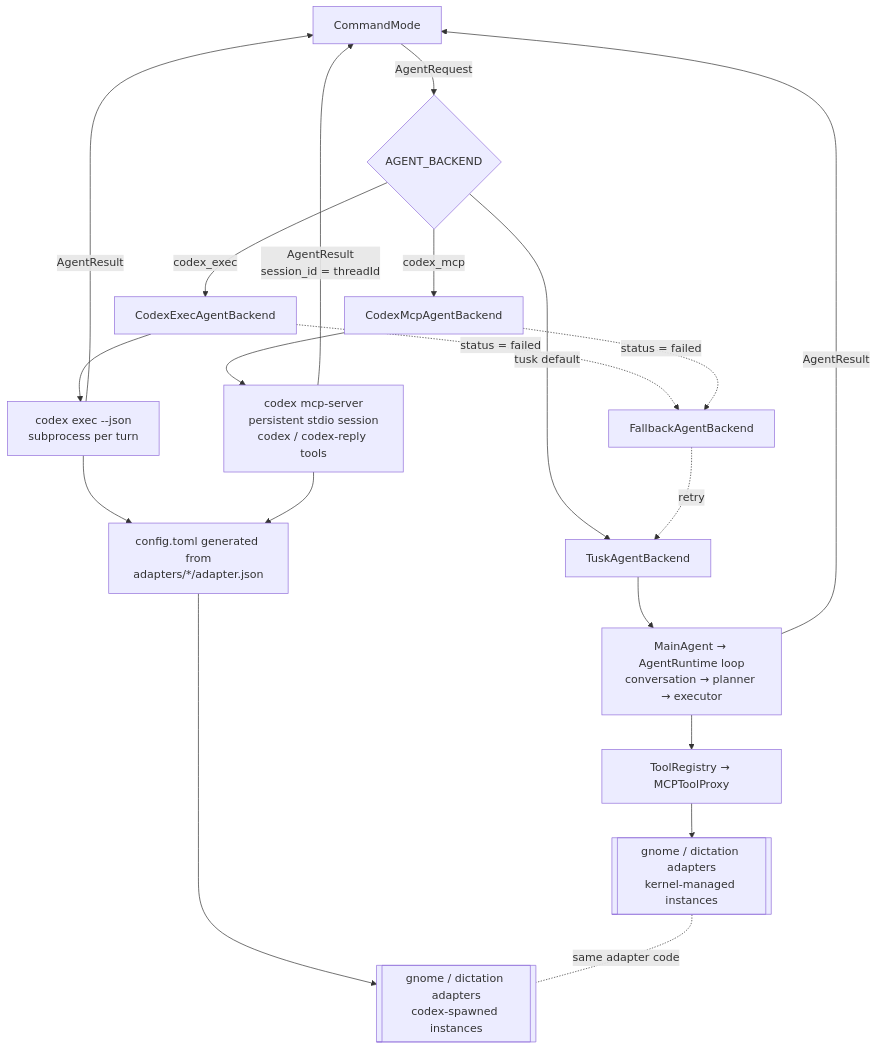
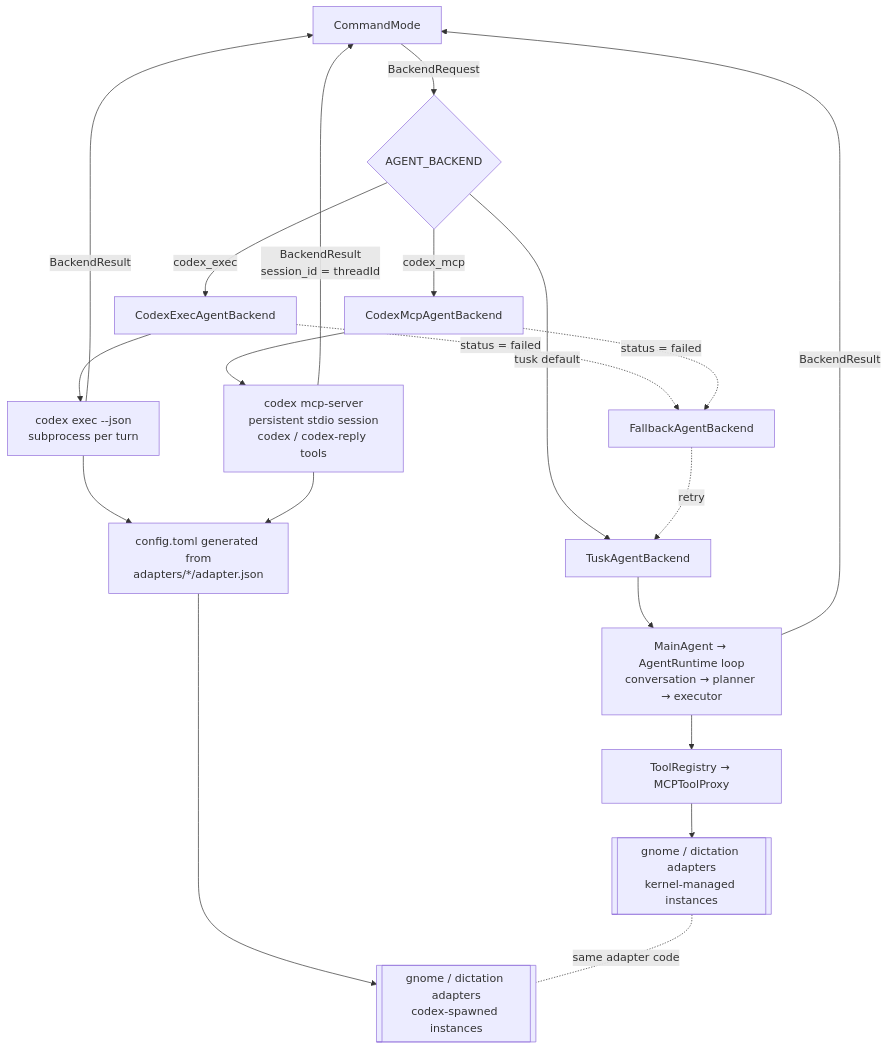
The fourth of 4 diagrams in docs/architecture.md (vovka/tusk), drawn with Mermaid before and after one commit. The commit also changed other lines of this file and 25 other files, not shown here.

First line of the commit message:
Rename backend AgentRequest/AgentResult to BackendRequest/BackendResult

````diff
--- a/docs/architecture.md
+++ b/docs/architecture.md
@@ -453,27 +453,27 @@
 ```mermaid
 flowchart TD
-    CM[CommandMode] -->|AgentRequest| SEL{AGENT_BACKEND}
+    CM[CommandMode] -->|BackendRequest| SEL{AGENT_BACKEND}
     SEL -->|tusk default| TUSK[TuskAgentBackend]
     SEL -->|codex_exec| CODEX[CodexExecAgentBackend]
     SEL -->|codex_mcp| MCPB[CodexMcpAgentBackend]
 
     TUSK --> ORC[MainAgent → AgentRuntime loop<br/>conversation → planner → executor]
     ORC --> REG[ToolRegistry → MCPToolProxy]
 
     CODEX --> PROC[codex exec --json<br/>subprocess per turn]
     MCPB --> SRV[codex mcp-server<br/>persistent stdio session<br/>codex / codex-reply tools]
     PROC --> CFG[config.toml generated from<br/>adapters/*/adapter.json]
     SRV --> CFG
 
     REG --> AK[[gnome / dictation adapters<br/>kernel-managed instances]]
     CFG --> AC[[gnome / dictation adapters<br/>codex-spawned instances]]
     AK -. same adapter code .- AC
 
     CODEX -. status = failed .-> FALL[FallbackAgentBackend]
     MCPB -. status = failed .-> FALL
     FALL -. retry .-> TUSK
 
-    ORC -->|AgentResult| CM
-    PROC -->|AgentResult| CM
-    SRV -->|AgentResult<br/>session_id = threadId| CM
+    ORC -->|BackendResult| CM
+    PROC -->|BackendResult| CM
+    SRV -->|BackendResult<br/>session_id = threadId| CM
 ```
````
